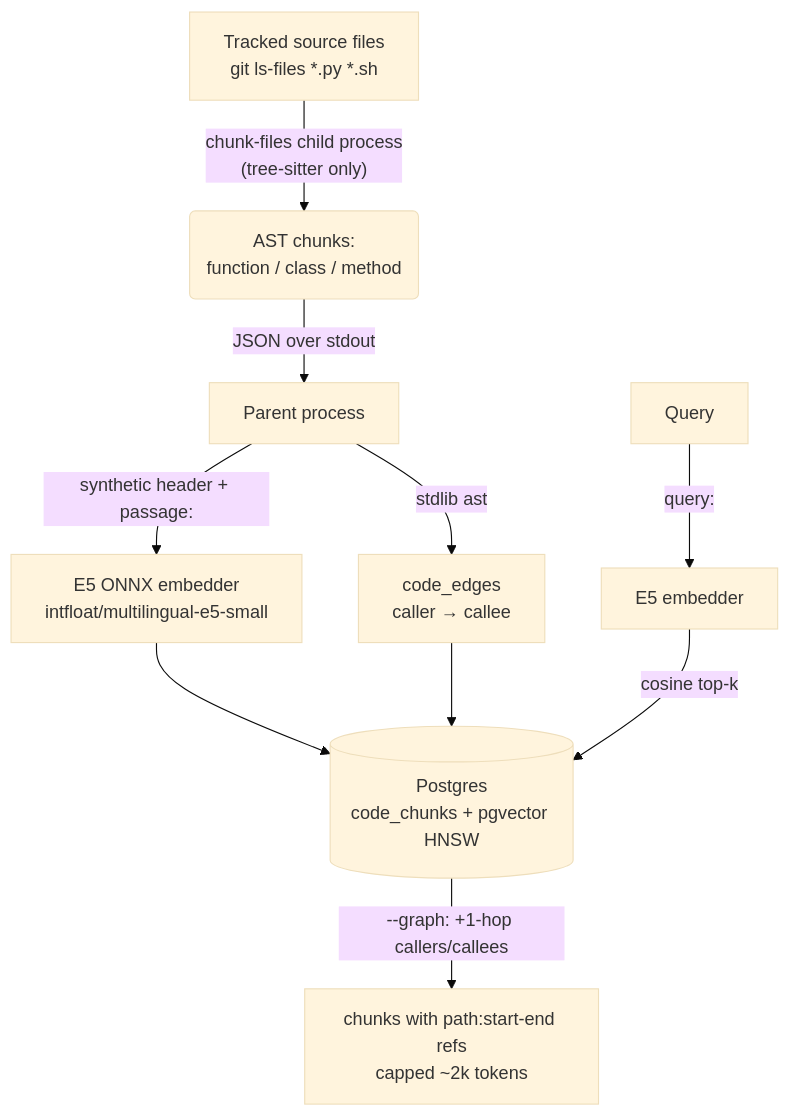
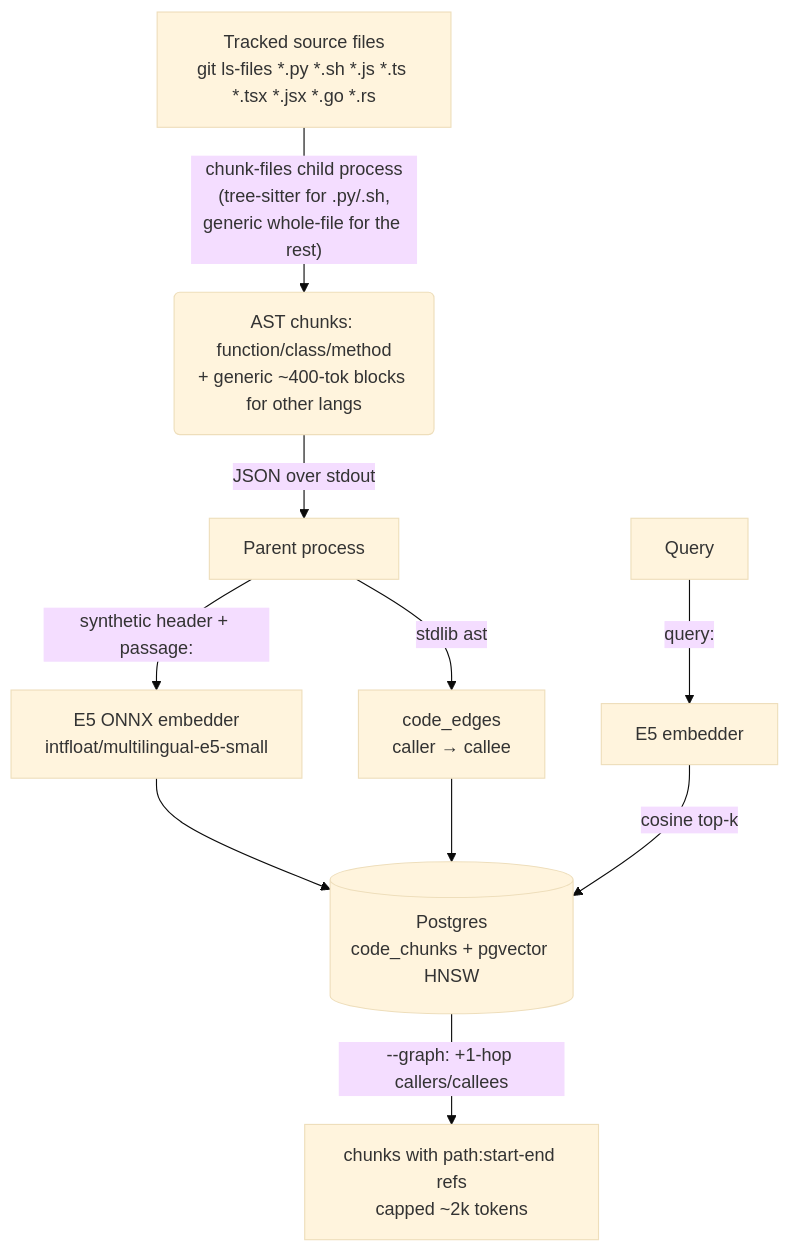
The diagram in docs/CODE-RAG.md (su6i/ai-router), drawn with Mermaid (base theme) before and after one commit. The commit also changed other lines of this file and 7 other files, not shown here.

````diff
--- a/docs/CODE-RAG.md
+++ b/docs/CODE-RAG.md
@@ -10,12 +10,12 @@
 ```mermaid
 graph TD
-    A[Tracked source files<br/>git ls-files *.py *.sh] -->|"chunk-files child process<br/>(tree-sitter only)"| B(AST chunks:<br/>function / class / method)
+    A[Tracked source files<br/>git ls-files *.py *.sh *.js *.ts *.tsx *.jsx *.go *.rs] -->|"chunk-files child process<br/>(tree-sitter for .py/.sh,<br/>generic whole-file for the rest)"| B(AST chunks: function/class/method<br/>+ generic ~400-tok blocks for other langs)
     B -->|JSON over stdout| C[Parent process]
     C -->|"synthetic header + passage:"| D[E5 ONNX embedder<br/>intfloat/multilingual-e5-small]
     C -->|stdlib ast| G[code_edges<br/>caller → callee]
     D --> E[(Postgres<br/>code_chunks + pgvector HNSW)]
     G --> E
     F[Query] -->|"query:"| D2[E5 embedder]
     D2 -->|cosine top-k| E
     E -->|"--graph: +1-hop callers/callees"| H[chunks with path:start-end refs<br/>capped ~2k tokens]
 ```
````
